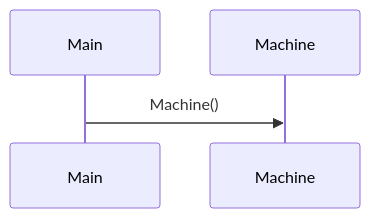
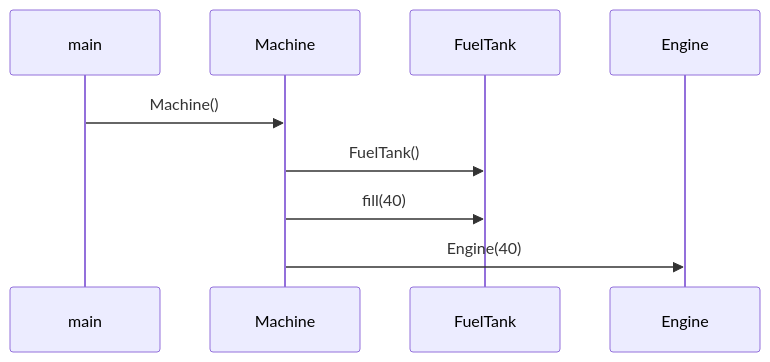
Before and after one commit to lenbie/Expense-Tracker-Project: the diagram in laskarit/viikko3/task3.md, drawn with Mermaid.

`````diff
--- a/laskarit/viikko3/task3.md
+++ b/laskarit/viikko3/task3.md
@@ -1,8 +1,10 @@
 ```mermaid
   sequenceDiagram
-  participant Main
+  participant main
   participant Machine
-  Main ->> Machine: Machine()
-  
+  main->>Machine: Machine()
+  Machine->>FuelTank: FuelTank()
+  Machine->>FuelTank: fill(40)
+  Machine->>Engine: Engine(40)
 
 ````
`````
